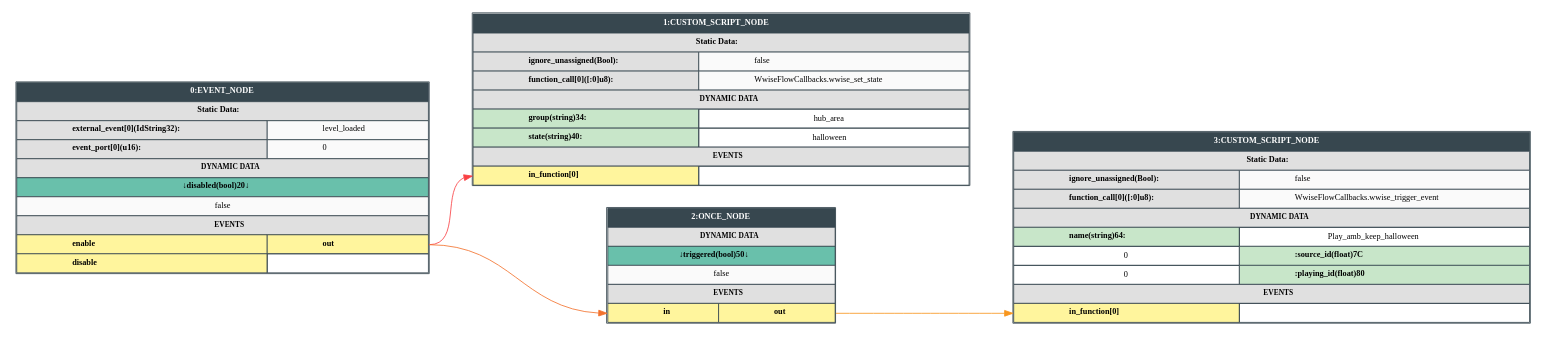
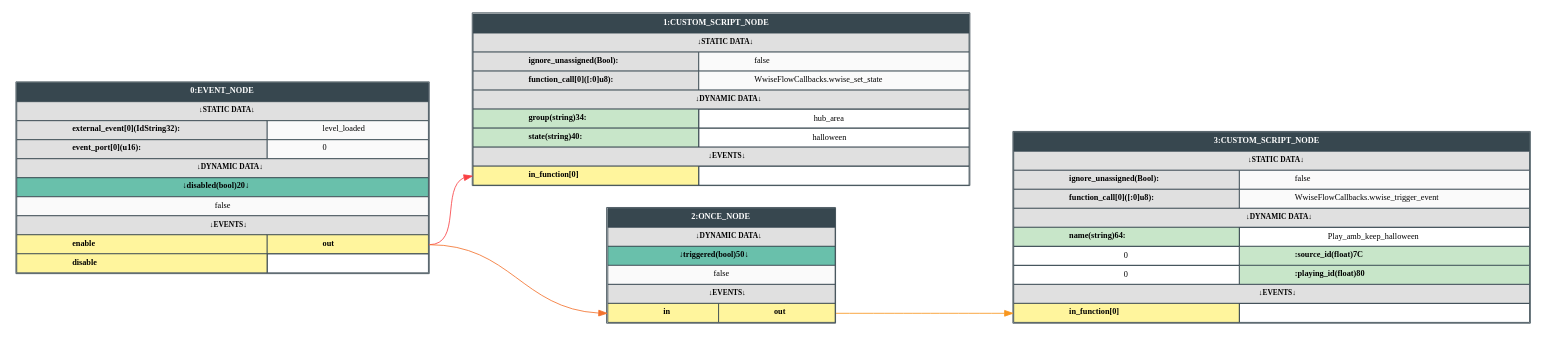
The diagram in gv/inn/event_decoration/halloween/world.level.gv (thewhitegoatcb/Vermintide-2-Flow-Levels), drawn with Graphviz before and after one commit. The commit also changed 1023 other files, not shown here.

```diff
--- a/gv/inn/event_decoration/halloween/world.level.gv
+++ b/gv/inn/event_decoration/halloween/world.level.gv
@@ -11,8 +11,8 @@
                 </TD>
             </TR>
             <TR>
-                <TD COLSPAN="2" BGCOLOR="#E0E0E0">
-                    <FONT FACE="Consolas"><B>Static Data:</B></FONT>
+                <TD COLSPAN="2" BGCOLOR="#E0E0E0" ALIGN="CENTER">
+                    <FONT FACE="Consolas" POINT-SIZE="9"><B>↓STATIC DATA↓</B></FONT>
                 </TD>
             </TR>
             <TR>
@@ -33,7 +33,7 @@
             </TR>
             <TR>
                 <TD COLSPAN="2" BGCOLOR="#E0E0E0" ALIGN="CENTER">
-                    <FONT FACE="Consolas" POINT-SIZE="9"><B>DYNAMIC DATA</B></FONT>
+                    <FONT FACE="Consolas" POINT-SIZE="9"><B>↓DYNAMIC DATA↓</B></FONT>
                 </TD>
             </TR>
 
@@ -49,7 +49,7 @@
             </TR>
             <TR>
                 <TD COLSPAN="2" BGCOLOR="#E0E0E0" ALIGN="CENTER">
-                    <FONT FACE="Consolas" POINT-SIZE="9"><B>EVENTS</B></FONT>
+                    <FONT FACE="Consolas" POINT-SIZE="9"><B>↓EVENTS↓</B></FONT>
                 </TD>
             </TR>
             <TR>
@@ -76,8 +76,8 @@
                 </TD>
             </TR>
             <TR>
-                <TD COLSPAN="2" BGCOLOR="#E0E0E0">
-                    <FONT FACE="Consolas"><B>Static Data:</B></FONT>
+                <TD COLSPAN="2" BGCOLOR="#E0E0E0" ALIGN="CENTER">
+                    <FONT FACE="Consolas" POINT-SIZE="9"><B>↓STATIC DATA↓</B></FONT>
                 </TD>
             </TR>
             <TR>
@@ -98,7 +98,7 @@
             </TR>
             <TR>
                 <TD COLSPAN="2" BGCOLOR="#E0E0E0" ALIGN="CENTER">
-                    <FONT FACE="Consolas" POINT-SIZE="9"><B>DYNAMIC DATA</B></FONT>
+                    <FONT FACE="Consolas" POINT-SIZE="9"><B>↓DYNAMIC DATA↓</B></FONT>
                 </TD>
             </TR>
 
@@ -116,7 +116,7 @@
             </TR>
             <TR>
                 <TD COLSPAN="2" BGCOLOR="#E0E0E0" ALIGN="CENTER">
-                    <FONT FACE="Consolas" POINT-SIZE="9"><B>EVENTS</B></FONT>
+                    <FONT FACE="Consolas" POINT-SIZE="9"><B>↓EVENTS↓</B></FONT>
                 </TD>
             </TR>
             <TR>
@@ -136,7 +136,7 @@
             </TR>
             <TR>
                 <TD COLSPAN="2" BGCOLOR="#E0E0E0" ALIGN="CENTER">
-                    <FONT FACE="Consolas" POINT-SIZE="9"><B>DYNAMIC DATA</B></FONT>
+                    <FONT FACE="Consolas" POINT-SIZE="9"><B>↓DYNAMIC DATA↓</B></FONT>
                 </TD>
             </TR>
 
@@ -152,7 +152,7 @@
             </TR>
             <TR>
                 <TD COLSPAN="2" BGCOLOR="#E0E0E0" ALIGN="CENTER">
-                    <FONT FACE="Consolas" POINT-SIZE="9"><B>EVENTS</B></FONT>
+                    <FONT FACE="Consolas" POINT-SIZE="9"><B>↓EVENTS↓</B></FONT>
                 </TD>
             </TR>
             <TR>
@@ -173,8 +173,8 @@
                 </TD>
             </TR>
             <TR>
-                <TD COLSPAN="2" BGCOLOR="#E0E0E0">
-                    <FONT FACE="Consolas"><B>Static Data:</B></FONT>
+                <TD COLSPAN="2" BGCOLOR="#E0E0E0" ALIGN="CENTER">
+                    <FONT FACE="Consolas" POINT-SIZE="9"><B>↓STATIC DATA↓</B></FONT>
                 </TD>
             </TR>
             <TR>
@@ -195,7 +195,7 @@
             </TR>
             <TR>
                 <TD COLSPAN="2" BGCOLOR="#E0E0E0" ALIGN="CENTER">
-                    <FONT FACE="Consolas" POINT-SIZE="9"><B>DYNAMIC DATA</B></FONT>
+                    <FONT FACE="Consolas" POINT-SIZE="9"><B>↓DYNAMIC DATA↓</B></FONT>
                 </TD>
             </TR>
 
@@ -219,7 +219,7 @@
             </TR>
             <TR>
                 <TD COLSPAN="2" BGCOLOR="#E0E0E0" ALIGN="CENTER">
-                    <FONT FACE="Consolas" POINT-SIZE="9"><B>EVENTS</B></FONT>
+                    <FONT FACE="Consolas" POINT-SIZE="9"><B>↓EVENTS↓</B></FONT>
                 </TD>
             </TR>
             <TR>
```
